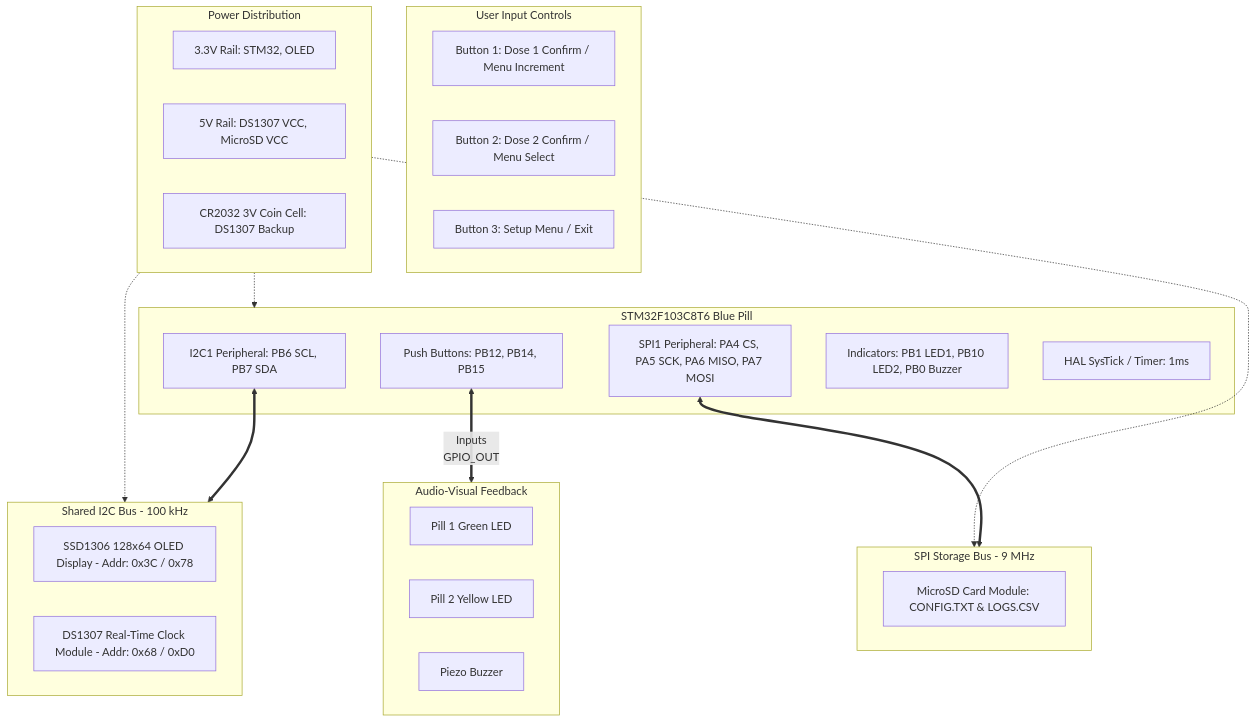
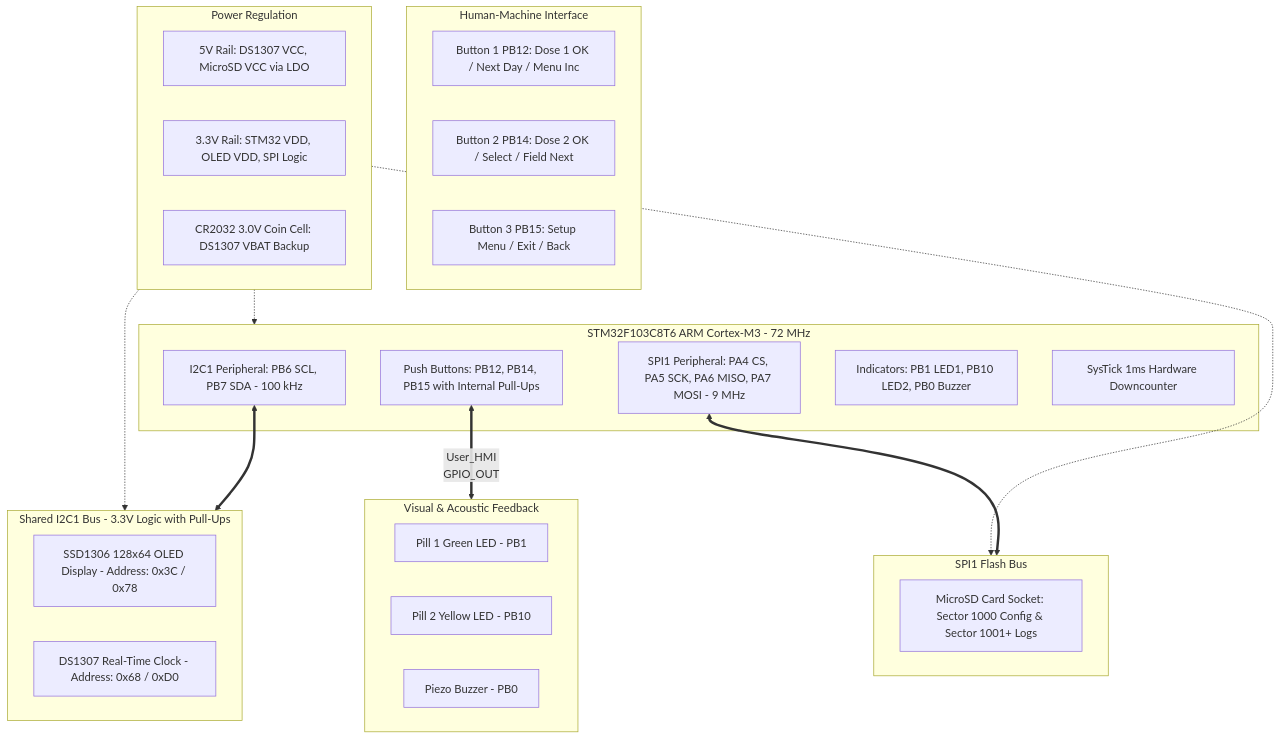
One commit to H4riiii/MC changed the first of 2 diagrams in docs/01_project_overview.md. Above: the diagram before and after it, drawn with Mermaid. The commit also changed other lines of this file and 19 other files, not shown here.

Commit message:
Add on-OLED 3-day dosage log viewer, fix RTC persistence, implement SPI SD card logging and config storage, and update technical documentation and PDFs

````diff
--- a/docs/01_project_overview.md
+++ b/docs/01_project_overview.md
@@ -18,45 +19,45 @@
 ```mermaid
 graph TD
-    subgraph Controller [STM32F103C8T6 Blue Pill]
-        I2C1[I2C1 Peripheral: PB6 SCL, PB7 SDA]
-        SPI1[SPI1 Peripheral: PA4 CS, PA5 SCK, PA6 MISO, PA7 MOSI]
-        GPIO_IN[Push Buttons: PB12, PB14, PB15]
+    subgraph Controller [STM32F103C8T6 ARM Cortex-M3 - 72 MHz]
+        I2C1[I2C1 Peripheral: PB6 SCL, PB7 SDA - 100 kHz]
+        SPI1[SPI1 Peripheral: PA4 CS, PA5 SCK, PA6 MISO, PA7 MOSI - 9 MHz]
+        GPIO_IN[Push Buttons: PB12, PB14, PB15 with Internal Pull-Ups]
         GPIO_OUT[Indicators: PB1 LED1, PB10 LED2, PB0 Buzzer]
-        SYS_TICK[HAL SysTick / Timer: 1ms]
+        SYS_TICK[SysTick 1ms Hardware Downcounter]
     end
 
-    subgraph I2C_Bus [Shared I2C Bus - 100 kHz]
-        OLED[SSD1306 128x64 OLED Display - Addr: 0x3C / 0x78]
-        RTC[DS1307 Real-Time Clock Module - Addr: 0x68 / 0xD0]
+    subgraph I2C_Bus [Shared I2C1 Bus - 3.3V Logic with Pull-Ups]
+        OLED[SSD1306 128x64 OLED Display - Address: 0x3C / 0x78]
+        RTC[DS1307 Real-Time Clock - Address: 0x68 / 0xD0]
     end
 
-    subgraph SPI_Storage [SPI Storage Bus - 9 MHz]
-        SD[MicroSD Card Module: CONFIG.TXT & LOGS.CSV]
+    subgraph SPI_Bus [SPI1 Flash Bus]
+        SD[MicroSD Card Socket: Sector 1000 Config & Sector 1001+ Logs]
     end
 
-    subgraph Inputs [User Input Controls]
-        BTN1[Button 1: Dose 1 Confirm / Menu Increment]
-        BTN2[Button 2: Dose 2 Confirm / Menu Select]
-        BTN3[Button 3: Setup Menu / Exit]
+    subgraph User_HMI [Human-Machine Interface]
+        BTN1[Button 1 PB12: Dose 1 OK / Next Day / Menu Inc]
+        BTN2[Button 2 PB14: Dose 2 OK / Select / Field Next]
+        BTN3[Button 3 PB15: Setup Menu / Exit / Back]
     end
 
-    subgraph Outputs [Audio-Visual Feedback]
-        LED1[Pill 1 Green LED]
-        LED2[Pill 2 Yellow LED]
-        BUZZ[Piezo Buzzer]
+    subgraph Indicators [Visual & Acoustic Feedback]
+        LED1[Pill 1 Green LED - PB1]
+        LED2[Pill 2 Yellow LED - PB10]
+        BUZZ[Piezo Buzzer - PB0]
     end
 
-    subgraph Power [Power Distribution]
-        P3V3[3.3V Rail: STM32, OLED]
-        P5V[5V Rail: DS1307 VCC, MicroSD VCC]
-        BATT[CR2032 3V Coin Cell: DS1307 Backup]
+    subgraph Power_Subsystem [Power Regulation]
+        V5V[5V Rail: DS1307 VCC, MicroSD VCC via LDO]
+        V3V3[3.3V Rail: STM32 VDD, OLED VDD, SPI Logic]
+        VBAT[CR2032 3.0V Coin Cell: DS1307 VBAT Backup]
     end
 
     I2C1 <==> I2C_Bus
-    SPI1 <==> SPI_Storage
-    GPIO_IN <== Inputs
-    GPIO_OUT ==> Outputs
-    Power -.-> Controller
-    Power -.-> I2C_Bus
-    Power -.-> SPI_Storage
+    SPI1 <==> SPI_Bus
+    GPIO_IN <== User_HMI
+    GPIO_OUT ==> Indicators
+    Power_Subsystem -.-> Controller
+    Power_Subsystem -.-> I2C_Bus
+    Power_Subsystem -.-> SPI_Bus
 ```
````
